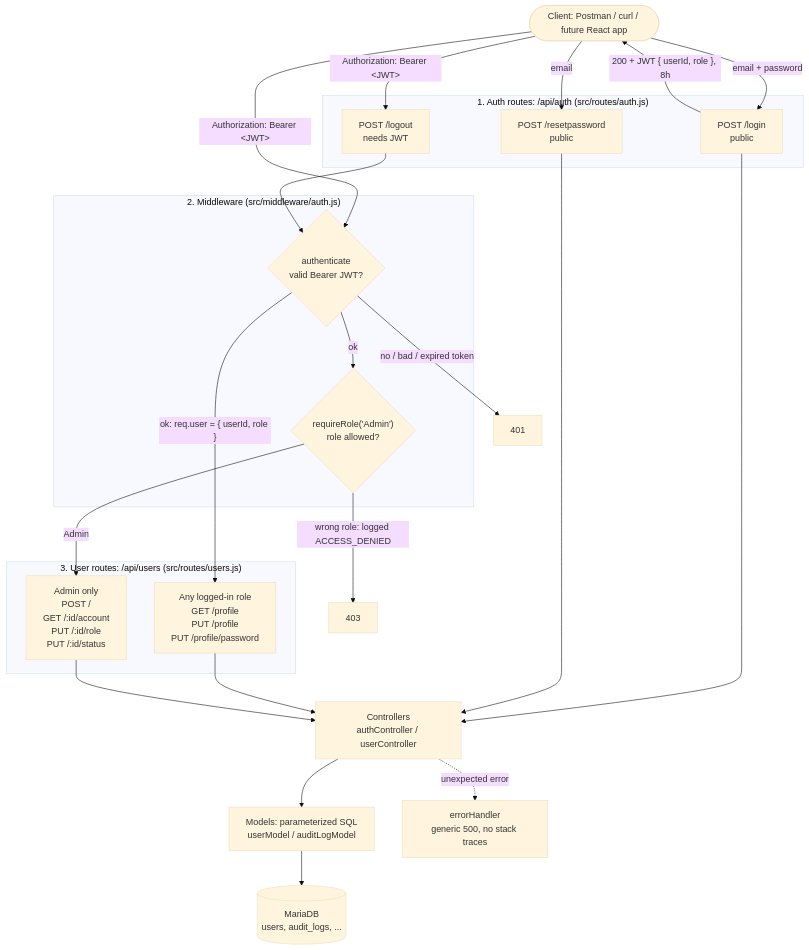
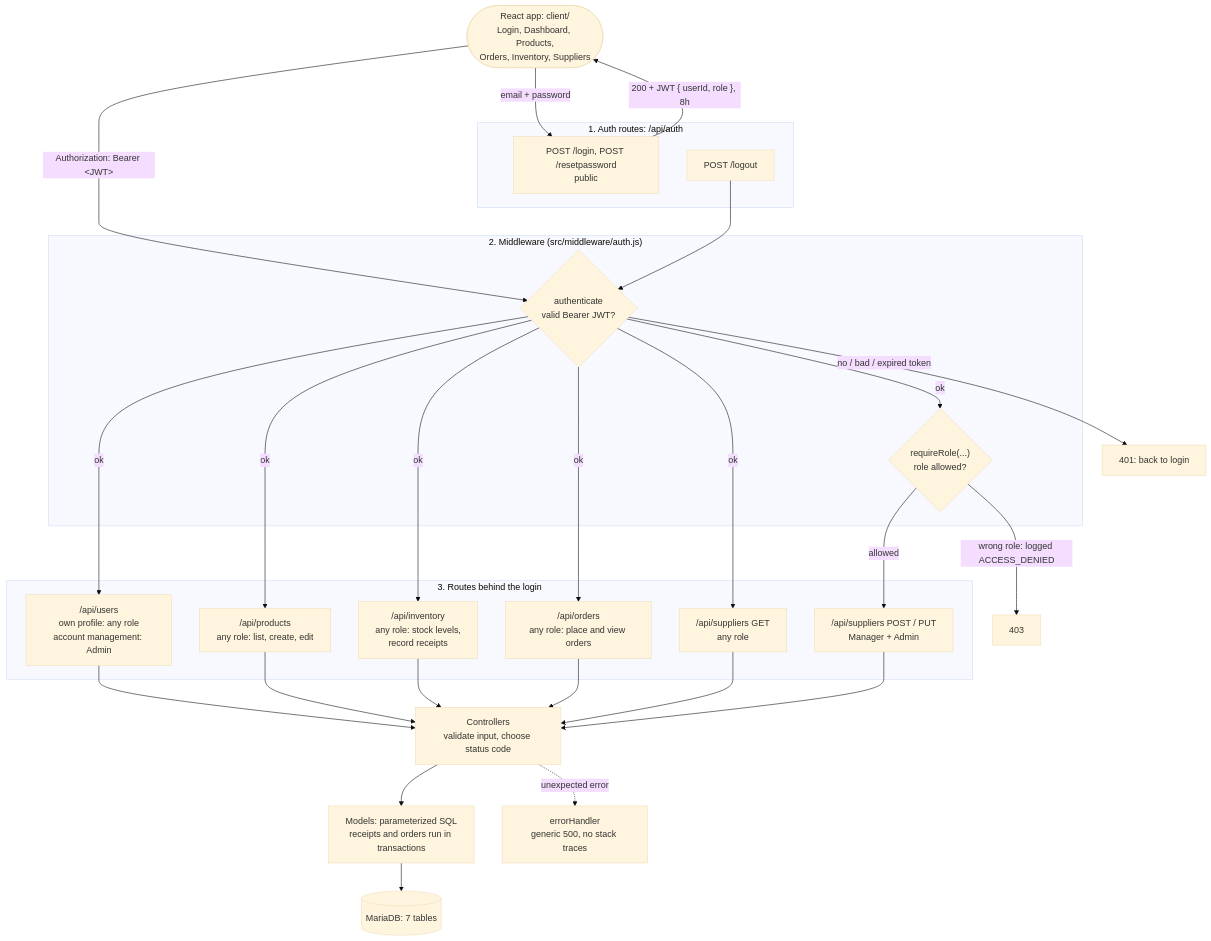
The first of 2 diagrams in README.md (Pedriux0/inventory-ordering-portal), drawn with Mermaid (base theme) before and after one commit. The commit also changed other lines of this file and 57 other files, not shown here.

First line of the commit message:
Implement Milestone 2: products, inventory, orders, suppliers and React frontend

````diff
--- a/README.md
+++ b/README.md
@@ -9,45 +9,52 @@
 ```mermaid
 flowchart TD
-    Client([Client: Postman / curl / future React app])
+    Browser([React app: client/<br/>Login, Dashboard, Products,<br/>Orders, Inventory, Suppliers])
 
-    subgraph R1["1. Auth routes: /api/auth (src/routes/auth.js)"]
-        Login["POST /login<br/>public"]
-        Reset["POST /resetpassword<br/>public"]
-        Logout["POST /logout<br/>needs JWT"]
+    subgraph R1["1. Auth routes: /api/auth"]
+        Login["POST /login, POST /resetpassword<br/>public"]
+        Logout["POST /logout"]
     end
 
     subgraph R2["2. Middleware (src/middleware/auth.js)"]
         Authn{"authenticate<br/>valid Bearer JWT?"}
-        Authz{"requireRole('Admin')<br/>role allowed?"}
+        Authz{"requireRole(...)<br/>role allowed?"}
     end
 
-    subgraph R3["3. User routes: /api/users (src/routes/users.js)"]
-        Self["Any logged-in role<br/>GET /profile<br/>PUT /profile<br/>PUT /profile/password"]
-        Admin["Admin only<br/>POST /<br/>GET /:id/account<br/>PUT /:id/role<br/>PUT /:id/status"]
+    subgraph R3["3. Routes behind the login"]
+        Users["/api/users<br/>own profile: any role<br/>account management: Admin"]
+        Products["/api/products<br/>any role: list, create, edit"]
+        Inventory["/api/inventory<br/>any role: stock levels,<br/>record receipts"]
+        Orders["/api/orders<br/>any role: place and view orders"]
+        SupRead["/api/suppliers GET<br/>any role"]
+        SupWrite["/api/suppliers POST / PUT<br/>Manager + Admin"]
     end
 
-    Ctrl["Controllers<br/>authController / userController"]
-    Model["Models: parameterized SQL<br/>userModel / auditLogModel"]
-    DB[(MariaDB<br/>users, audit_logs, ...)]
+    Ctrl["Controllers<br/>validate input, choose status code"]
+    Model["Models: parameterized SQL<br/>receipts and orders run in transactions"]
+    DB[(MariaDB: 7 tables)]
     Err["errorHandler<br/>generic 500, no stack traces"]
 
-    Client -->|email + password| Login
-    Login -->|"200 + JWT { userId, role }, 8h"| Client
-    Client -->|email| Reset
-    Client -->|"Authorization: Bearer &lt;JWT&gt;"| Logout
-    Client -->|"Authorization: Bearer &lt;JWT&gt;"| Authn
+    Browser -->|email + password| Login
+    Login -->|"200 + JWT { userId, role }, 8h"| Browser
+    Browser -->|"Authorization: Bearer &lt;JWT&gt;"| Authn
+    Logout --> Authn
 
-    Logout --> Authn
-    Authn -->|"no / bad / expired token"| E401["401"]
-    Authn -->|"ok: req.user = { userId, role }"| Self
+    Authn -->|"no / bad / expired token"| E401["401: back to login"]
+    Authn -->|ok| Users
+    Authn -->|ok| Products
+    Authn -->|ok| Inventory
+    Authn -->|ok| Orders
+    Authn -->|ok| SupRead
     Authn -->|ok| Authz
     Authz -->|"wrong role: logged ACCESS_DENIED"| E403["403"]
-    Authz -->|Admin| Admin
+    Authz -->|allowed| SupWrite
 
-    Login --> Ctrl
-    Reset --> Ctrl
-    Self --> Ctrl
-    Admin --> Ctrl
+    Users --> Ctrl
+    Products --> Ctrl
+    Inventory --> Ctrl
+    Orders --> Ctrl
+    SupRead --> Ctrl
+    SupWrite --> Ctrl
     Ctrl --> Model --> DB
     Ctrl -.->|unexpected error| Err
 ```
````
